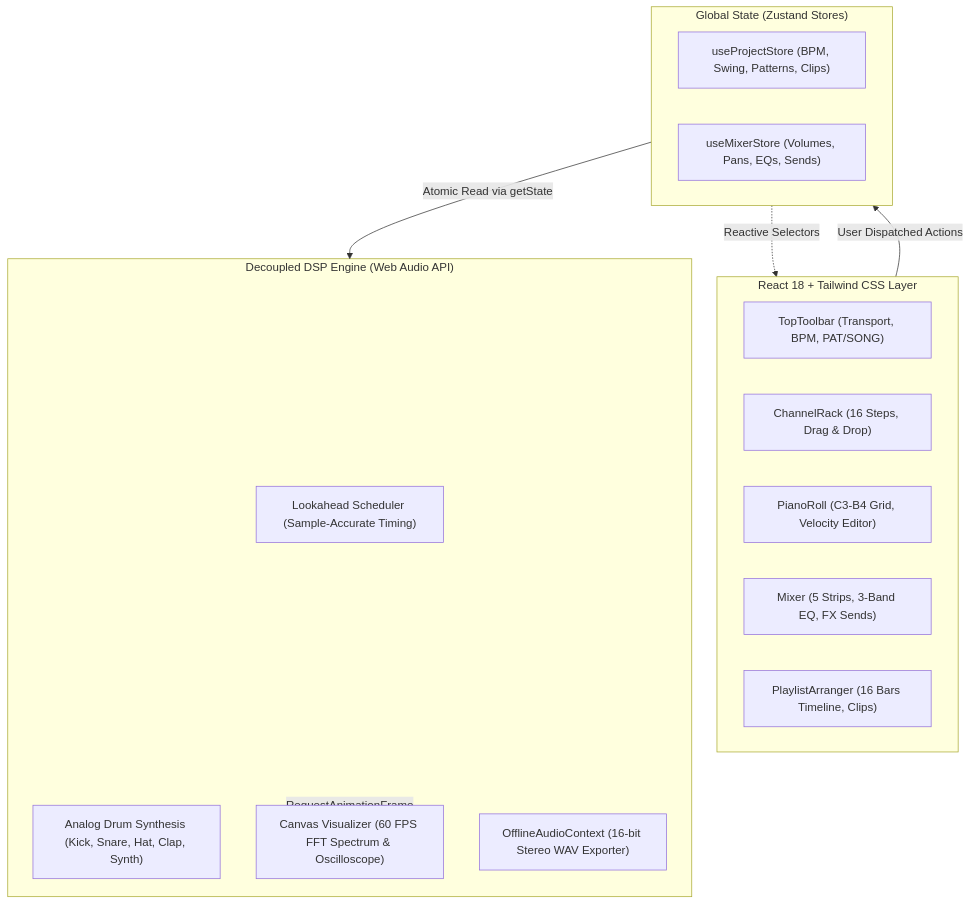
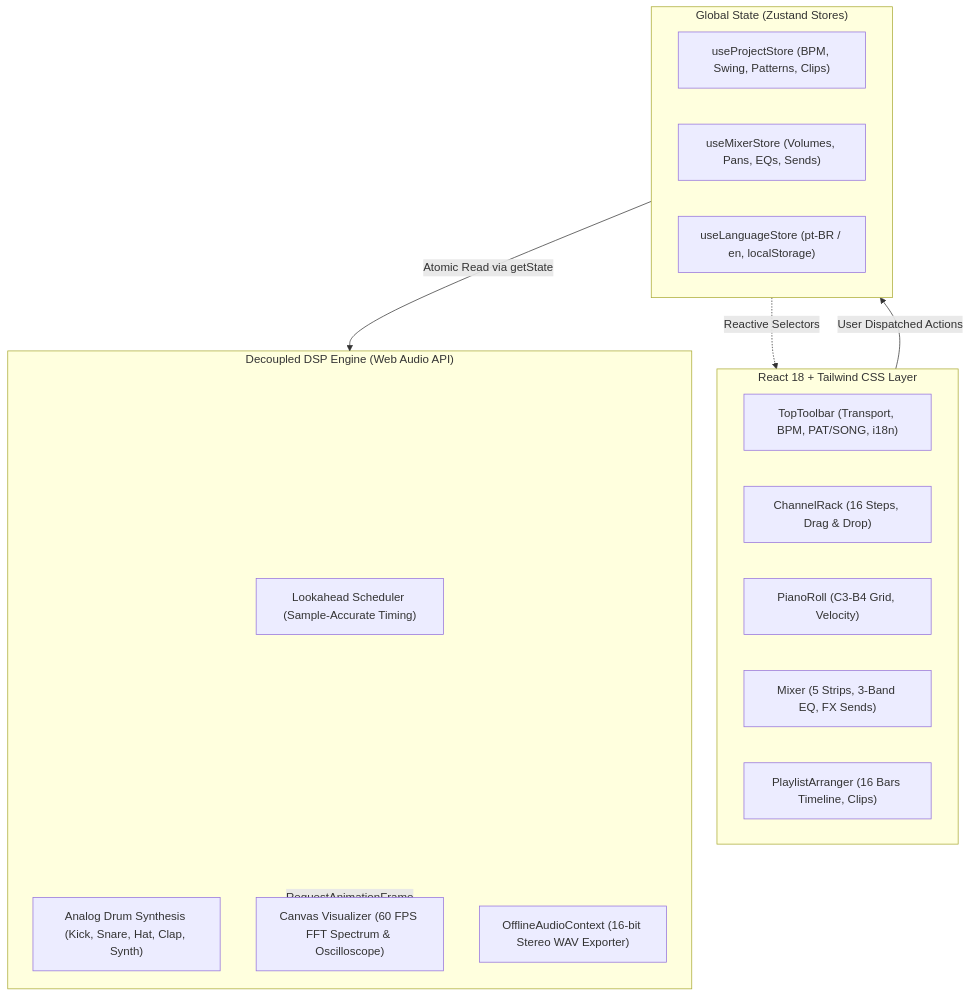
The diagram in README.en.md (jhcarboni/musicx-studio), drawn with Mermaid before and after one commit. The commit also changed other lines of this file and 1 other file, not shown here.

````diff
--- a/README.en.md
+++ b/README.en.md
@@ -17,27 +17,28 @@
 ```mermaid
 graph TD
     subgraph UI ["React 18 + Tailwind CSS Layer"]
-        TopBar["TopToolbar (Transport, BPM, PAT/SONG)"]
+        TopBar["TopToolbar (Transport, BPM, PAT/SONG, i18n)"]
         Rack["ChannelRack (16 Steps, Drag & Drop)"]
-        PR["PianoRoll (C3-B4 Grid, Velocity Editor)"]
+        PR["PianoRoll (C3-B4 Grid, Velocity)"]
         MixerUI["Mixer (5 Strips, 3-Band EQ, FX Sends)"]
         PlaylistUI["PlaylistArranger (16 Bars Timeline, Clips)"]
     end
 
     subgraph State ["Global State (Zustand Stores)"]
         useProjectStore["useProjectStore (BPM, Swing, Patterns, Clips)"]
         useMixerStore["useMixerStore (Volumes, Pans, EQs, Sends)"]
+        useLanguageStore["useLanguageStore (pt-BR / en, localStorage)"]
     end
 
     subgraph Engine ["Decoupled DSP Engine (Web Audio API)"]
         Scheduler["Lookahead Scheduler (Sample-Accurate Timing)"]
         Synths["Analog Drum Synthesis (Kick, Snare, Hat, Clap, Synth)"]
         Visualizer["Canvas Visualizer (60 FPS FFT Spectrum & Oscilloscope)"]
         OfflineRender["OfflineAudioContext (16-bit Stereo WAV Exporter)"]
     end
 
     UI -->|User Dispatched Actions| State
     State -.->|Reactive Selectors| UI
     State -->|Atomic Read via getState| Engine
     Engine -->|RequestAnimationFrame| Visualizer
 ```
````
